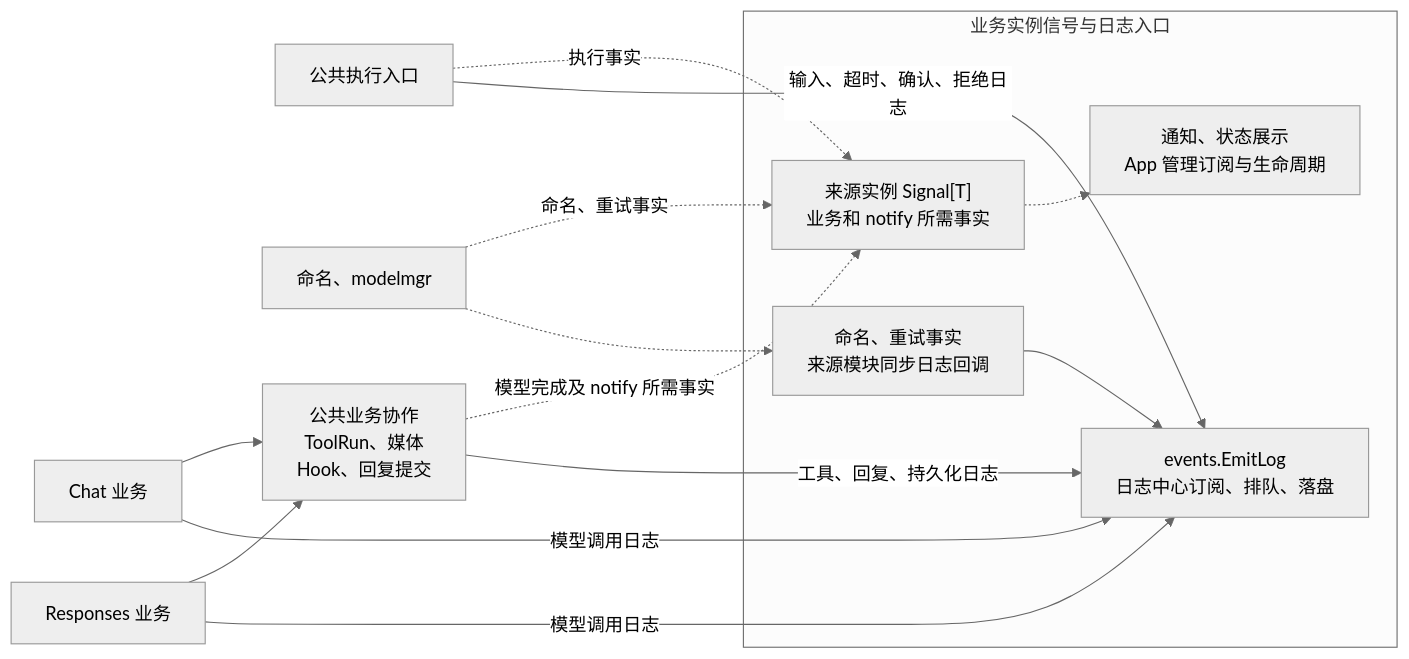
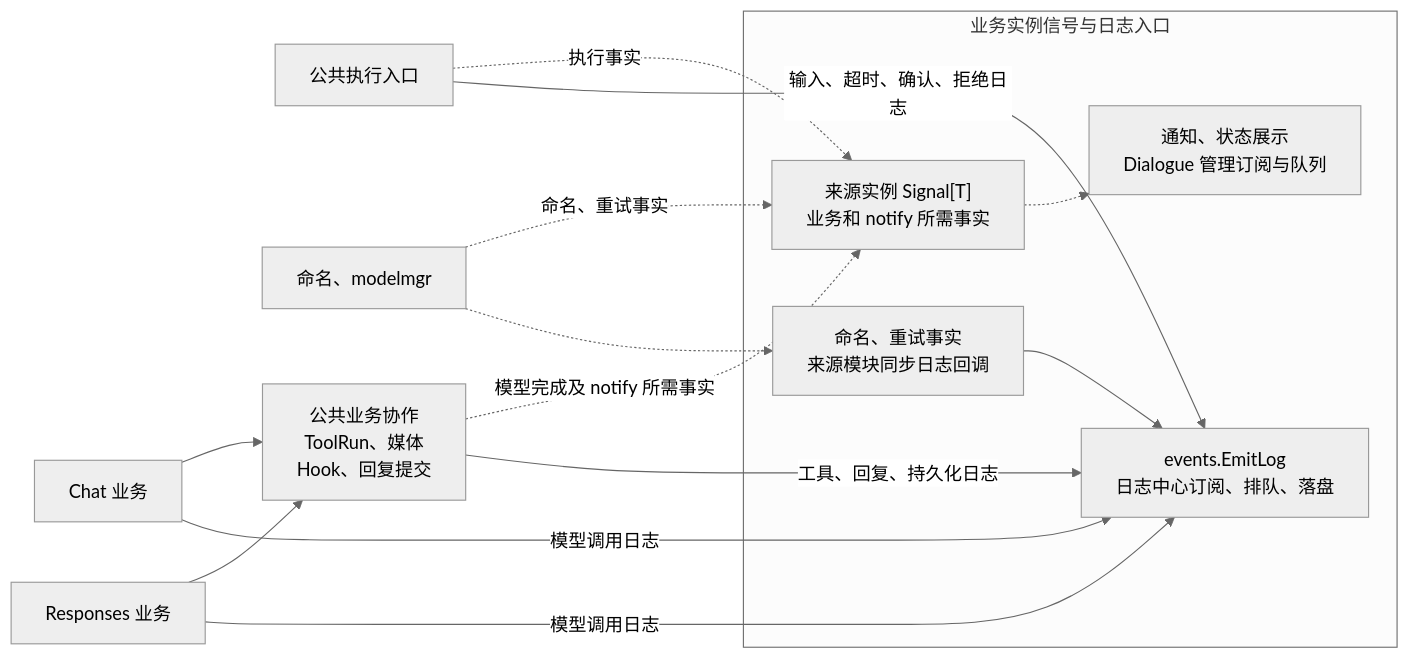
Before and after one commit to Elflare/elbot: the third of 4 diagrams in devdocs/architecture.md, drawn with Mermaid (neutral theme). The commit also changed other lines of this file and 204 other files, not shown here.

````diff
--- a/devdocs/architecture.md
+++ b/devdocs/architecture.md
@@ -154,30 +196,30 @@
 ```mermaid
 flowchart LR
     CHAT["Chat 业务"]
     RESPONSE["Responses 业务"]
     ENTRY["公共执行入口"]
     OTHER["命名、modelmgr"]
 
     SHARED["公共业务协作<br/>ToolRun、媒体<br/>Hook、回复提交"]
 
     subgraph EVENTS["业务实例信号与日志入口"]
         BUS["来源实例 Signal[T]<br/>业务和 notify 所需事实"]
-        OBSERVER["通知、状态展示<br/>App 管理订阅与生命周期"]
+        OBSERVER["通知、状态展示<br/>Dialogue 管理订阅与队列"]
         PROJECTION["命名、重试事实<br/>来源模块同步日志回调"]
         LOG["events.EmitLog<br/>日志中心订阅、排队、落盘"]
         BUS -.-> OBSERVER
         PROJECTION --> LOG
     end
 
     CHAT --> SHARED
     RESPONSE --> SHARED
 
     SHARED -.->|"模型完成及 notify 所需事实"| BUS
     ENTRY -.->|"执行事实"| BUS
     OTHER -.->|"命名、重试事实"| BUS
     ENTRY -->|"输入、超时、确认、拒绝日志"| LOG
     OTHER -.-> PROJECTION
     CHAT -->|"模型调用日志"| LOG
     RESPONSE -->|"模型调用日志"| LOG
     SHARED -->|"工具、回复、持久化日志"| LOG
 ```
````
